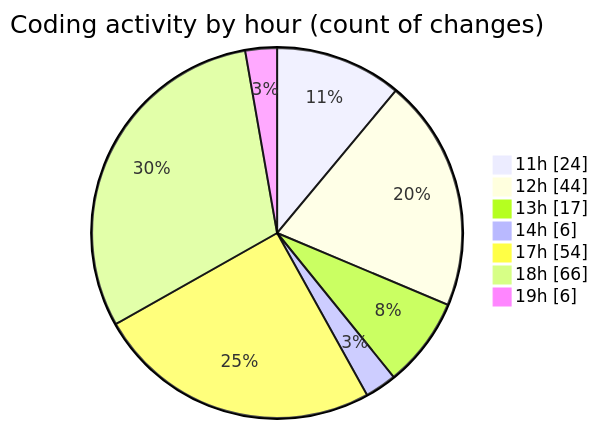
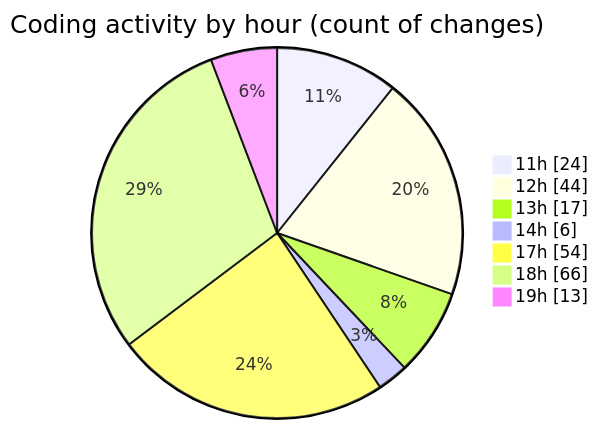
The second of 2 diagrams in 2025-05-10/argos-dev/README.md (nxtqubesakshisongat/code-tracking), drawn with Mermaid before and after one commit. The commit also changed other lines of this file and 1 other file, not shown here.

````diff
--- a/2025-05-10/argos-dev/README.md
+++ b/2025-05-10/argos-dev/README.md
@@ -41,11 +41,11 @@
 ```mermaid
 pie showData
 title Coding activity by hour (count of changes)
 "11h" : 24
 "12h" : 44
 "13h" : 17
 "14h" : 6
 "17h" : 54
 "18h" : 66
-"19h" : 6
+"19h" : 13
 ```
````
